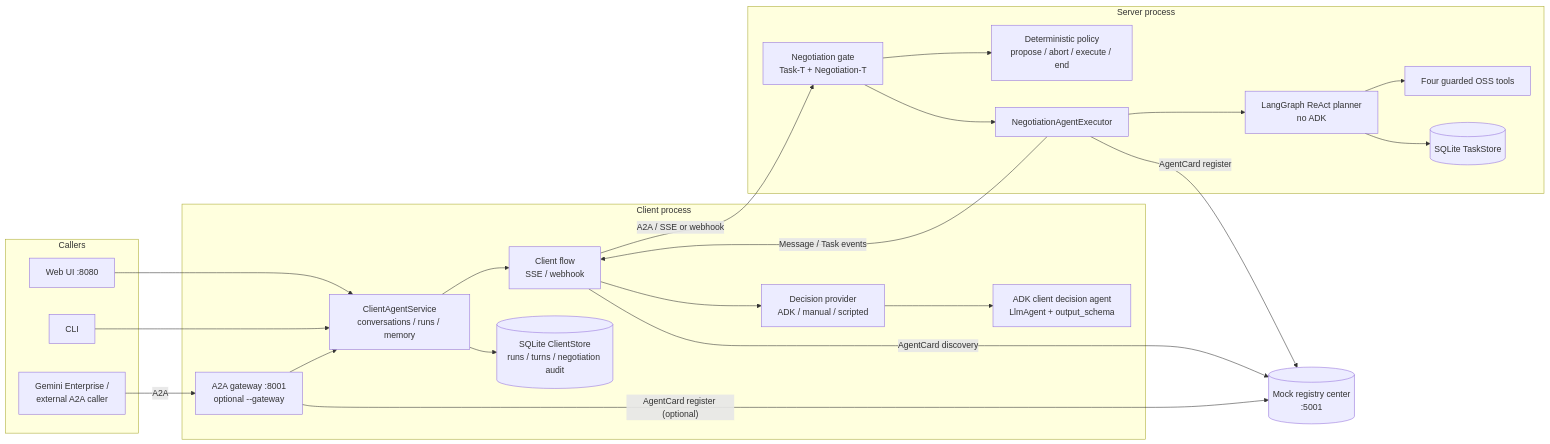
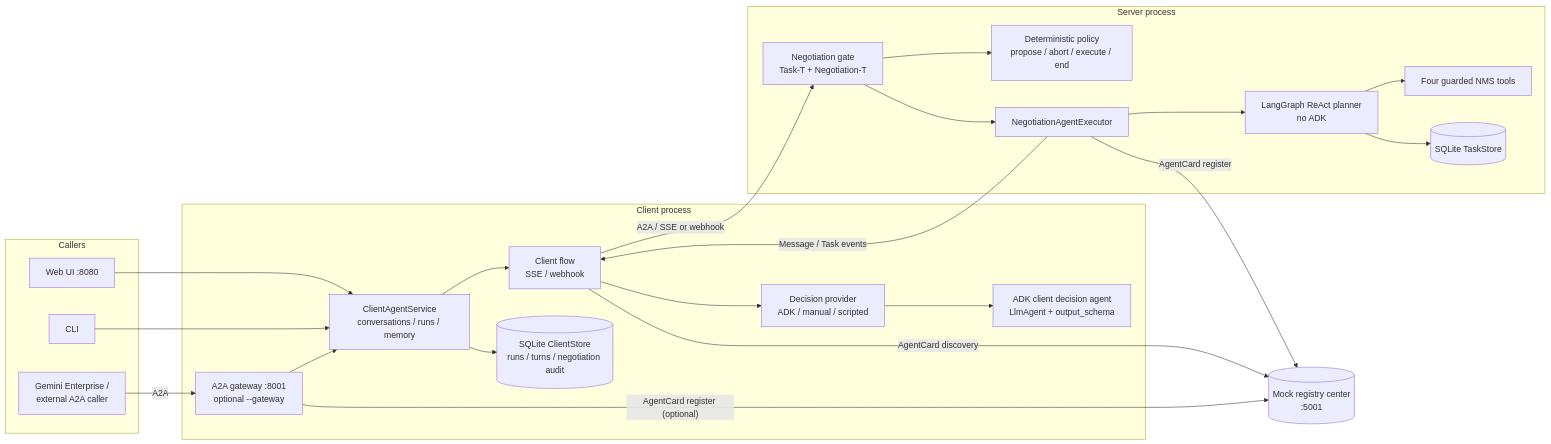
Before and after one commit to codetalks-hw/a2a-t-sdk-python: the second of 9 diagrams in a2a-t-sample/ran-energy-saving/README.md, drawn with Mermaid. The commit also changed other lines of this file and 1 other file, not shown here.

First line of the commit message:
docs(ran-sample): add a business view and correct the oss role

````diff
--- a/a2a-t-sample/ran-energy-saving/README.md
+++ b/a2a-t-sample/ran-energy-saving/README.md
@@ -62,45 +99,45 @@
 ```mermaid
 flowchart LR
     subgraph Callers
         UI[Web UI :8080]
         CLI[CLI]
         GE[Gemini Enterprise /<br/>external A2A caller]
     end
 
     subgraph Client process
         SVC[ClientAgentService<br/>conversations / runs / memory]
         CF[Client flow<br/>SSE / webhook]
         CA[ADK client decision agent<br/>LlmAgent + output_schema]
         DP[Decision provider<br/>ADK / manual / scripted]
         GW[A2A gateway :8001<br/>optional --gateway]
         CDB[(SQLite ClientStore<br/>runs / turns / negotiation audit)]
         UI --> SVC
         CLI --> SVC
         GE -- A2A --> GW --> SVC
         SVC --> CF
         CF --> DP
         DP --> CA
         SVC --> CDB
     end
 
     subgraph Server process
         G[Negotiation gate<br/>Task-T + Negotiation-T]
         P[Deterministic policy<br/>propose / abort / execute / end]
         EX[NegotiationAgentExecutor]
         LG[LangGraph ReAct planner<br/>no ADK]
-        TOOLS[Four guarded OSS tools]
+        TOOLS[Four guarded NMS tools]
         DB[(SQLite TaskStore)]
         G --> P
         G --> EX
         EX --> LG
         LG --> TOOLS
         LG --> DB
     end
 
     REG[(Mock registry center<br/>:5001)]
     CF -- A2A / SSE or webhook --> G
     EX -- Message / Task events --> CF
     EX -- AgentCard register --> REG
     CF -- AgentCard discovery --> REG
     GW -- AgentCard register (optional) --> REG
 ```
````
